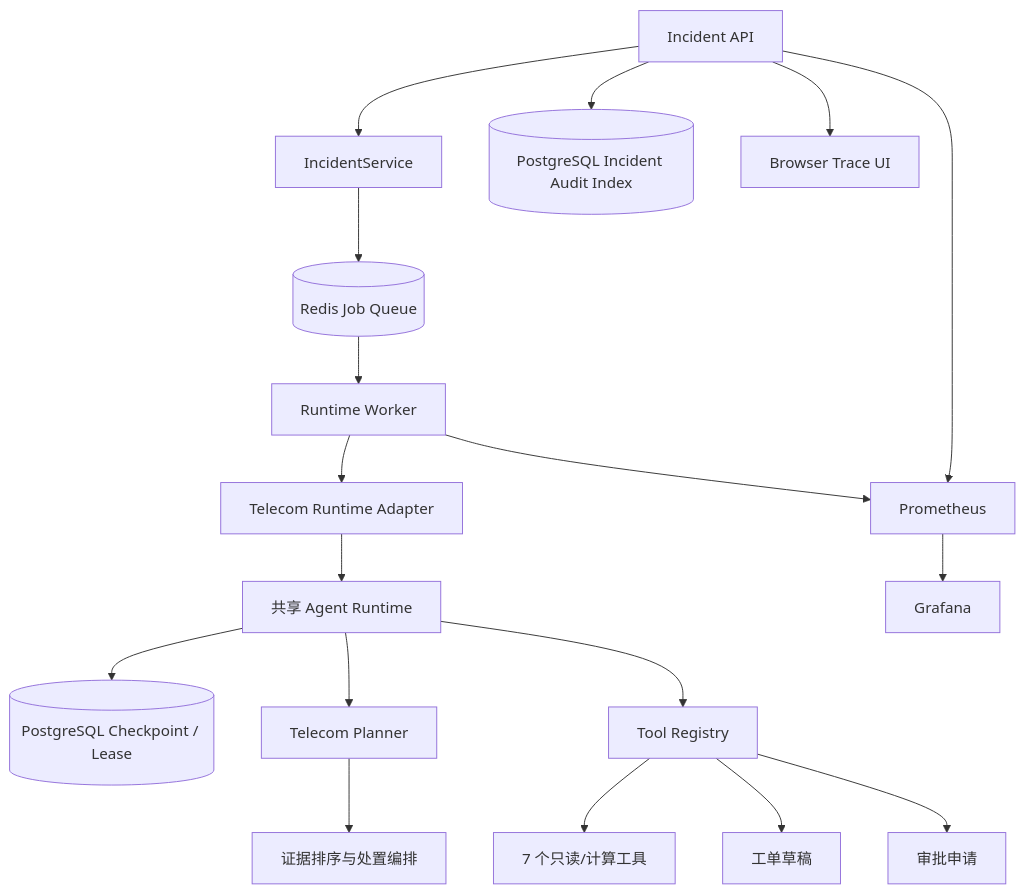
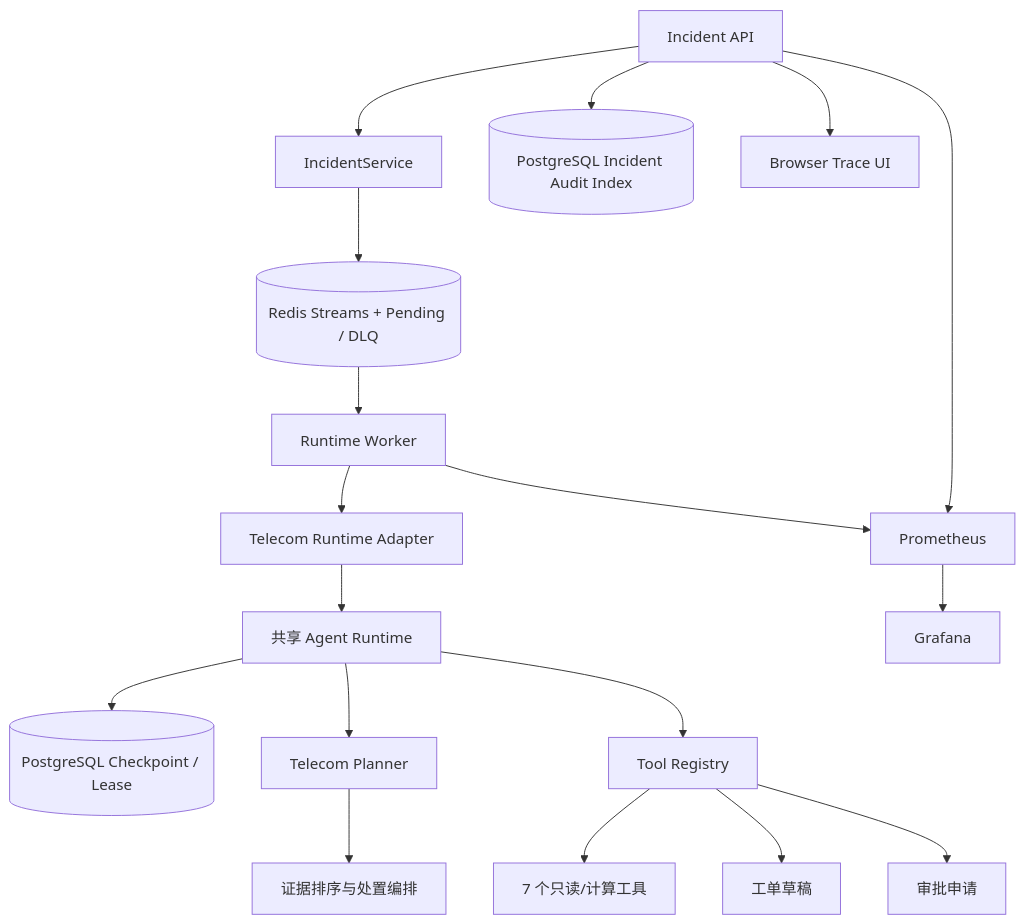
One commit to KristenYue/telecom-network-incident-agent changed the diagram in docs/ARCHITECTURE.md. Above: the diagram before and after it, drawn with Mermaid. The commit also changed other lines of this file and 17 other files, not shown here.

````diff
--- a/docs/ARCHITECTURE.md
+++ b/docs/ARCHITECTURE.md
@@ -7,20 +7,20 @@
 ```mermaid
 flowchart TB
     API[Incident API] --> APP[IncidentService]
-    APP --> REDIS[(Redis Job Queue)]
+    APP --> REDIS[(Redis Streams + Pending / DLQ)]
     REDIS --> WORKER[Runtime Worker]
     WORKER --> ADAPTER[Telecom Runtime Adapter]
     ADAPTER --> RUNTIME[共享 Agent Runtime]
     RUNTIME --> CHECKPOINT[(PostgreSQL Checkpoint / Lease)]
     RUNTIME --> PLANNER[Telecom Planner]
     RUNTIME --> REGISTRY[Tool Registry]
     REGISTRY --> READ[7 个只读/计算工具]
     REGISTRY --> TICKET[工单草稿]
     REGISTRY --> APPROVAL[审批申请]
     PLANNER --> DIAG[证据排序与处置编排]
     API --> INDEX[(PostgreSQL Incident Audit Index)]
     API --> TRACE[Browser Trace UI]
     API --> PROM[Prometheus]
     WORKER --> PROM
     PROM --> GRAFANA[Grafana]
 ```
````
